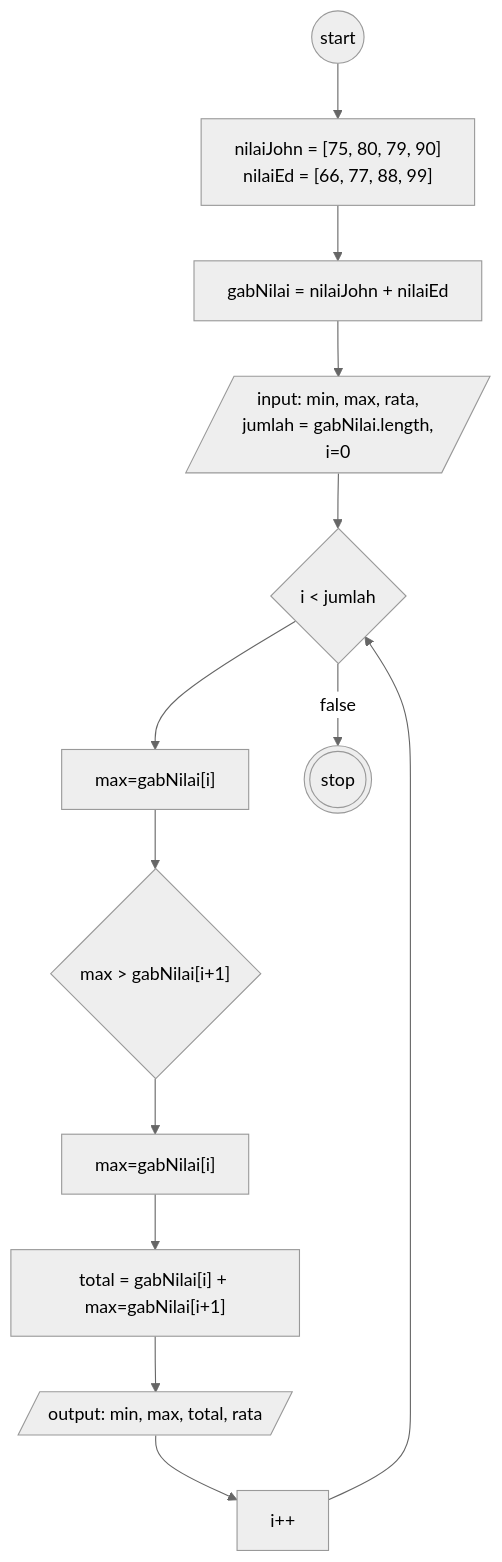
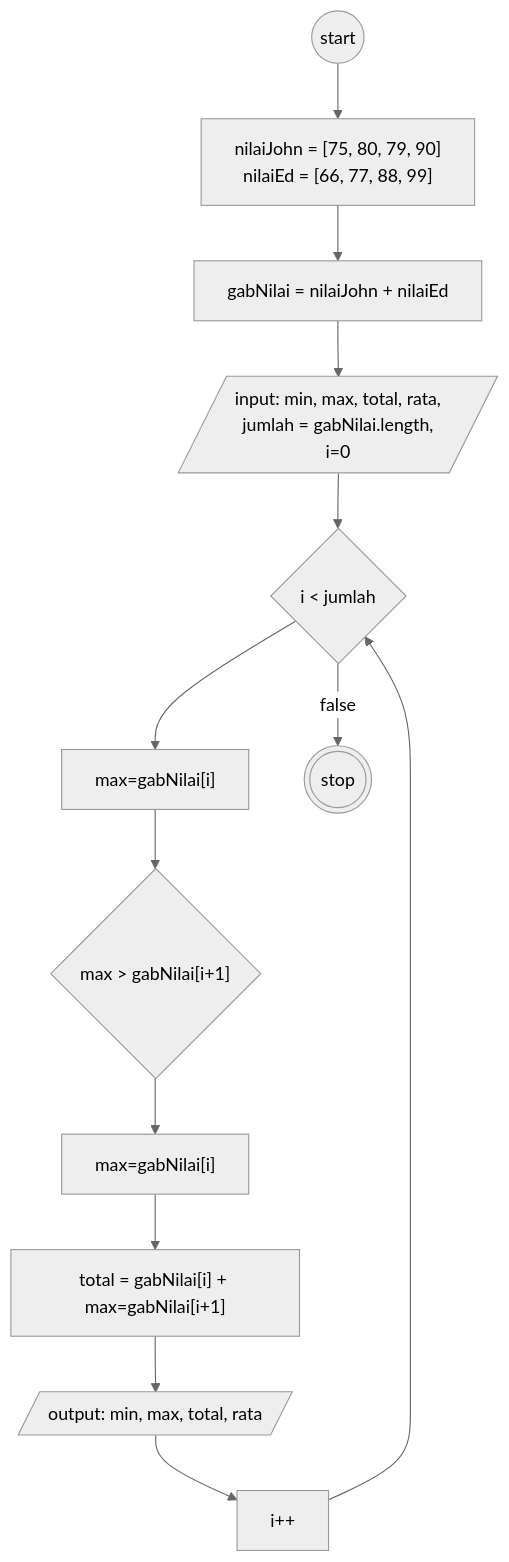
Before and after one commit to mslthn/koda-b6-javascript2: the diagram in flowchart.md, drawn with Mermaid (neutral theme). The commit also changed 1 other file, not shown here.

````diff
--- a/flowchart.md
+++ b/flowchart.md
@@ -1,25 +1,25 @@
 ```mermaid
 flowchart TD
 start@{shape: circ}
 array@{label: "nilaiJohn = [75, 80, 79, 90]
 nilaiEd = [66, 77, 88, 99]"}
 gabung@{label: "gabNilai = nilaiJohn + nilaiEd"}
-init@{shape: lean-r, label: "input: min, max, rata,
+init@{shape: lean-r, label: "input: min, max, total, rata,
 jumlah = gabNilai.length,
 i=0"}
 
 fori@{shape: diamond, label: "i < jumlah"}
 i++
 max@{label: "max=gabNilai[i]"}
 ifmax@{shape: diamond, label: "max > gabNilai[i+1]"}
 truemax@{label: "max=gabNilai[i]"}
 total@{label: "total = gabNilai[i] + max=gabNilai[i+1]"}
 
 output@{shape: lean-r, label: "output: min, max, total, rata"}
 stop@{shape: dbl-circ}
 
 start-->array-->gabung-->init-->fori
 fori-->max-->ifmax-->truemax-->total-->output-->i++-->fori
 fori-->|false| stop
 
 ```
````
